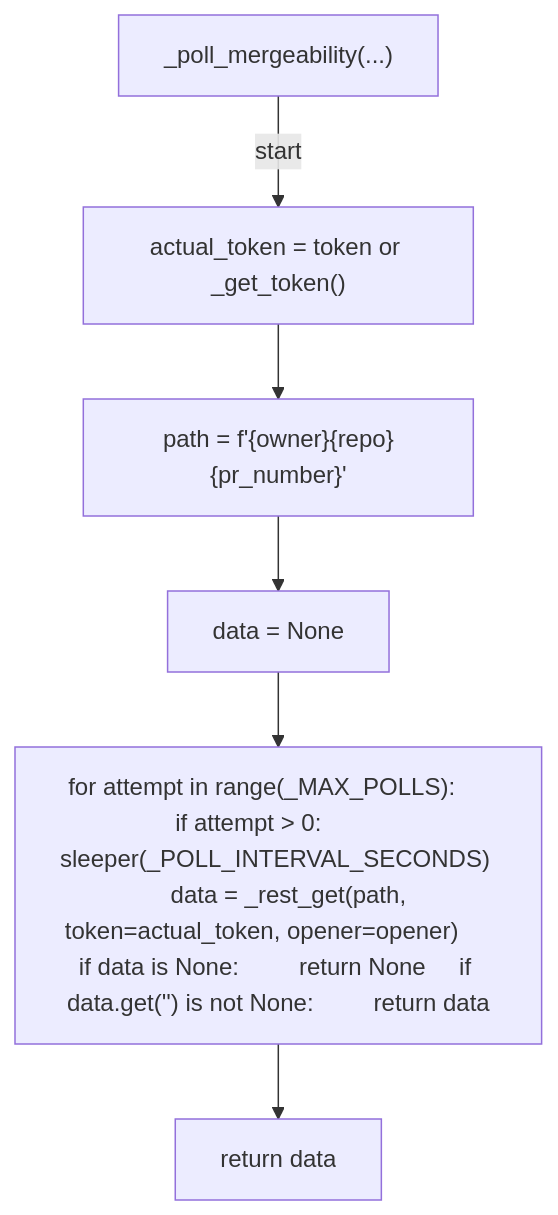
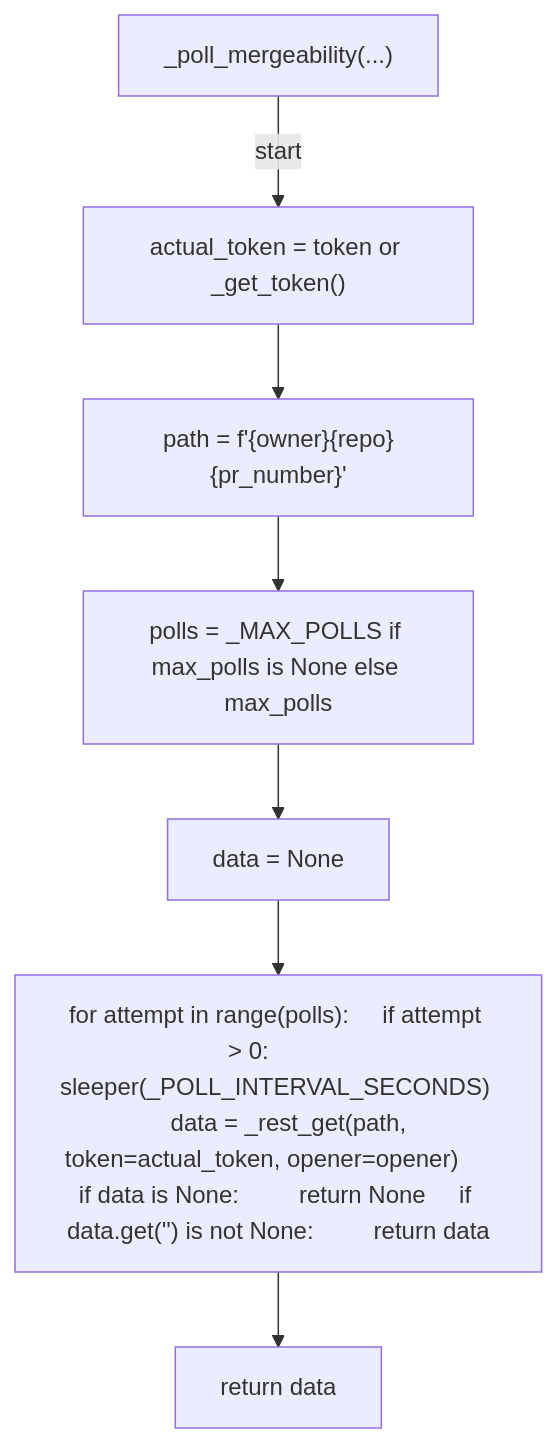
Before and after one commit to tvna/claude-md: the seventh of 14 diagrams in docs/generated/scripts/ast/check_pr_mergeability.md, drawn with Mermaid. The commit also changed other lines of this file and 1 other file, not shown here.

Commit message:
docs(generated): regenerate decision tree and workflow diagrams
Refs #960

````diff
--- a/docs/generated/scripts/ast/check_pr_mergeability.md
+++ b/docs/generated/scripts/ast/check_pr_mergeability.md
@@ -159,14 +159,16 @@
 ```mermaid
 flowchart TD
     N001["_poll_mergeability(...)"]
     N002["actual_token = token or _get_token()"]
     N003["path = f'<str>{owner}<str>{repo}<str>{pr_number}'"]
-    N004["data = None"]
-    N005["for attempt in range(_MAX_POLLS):     if attempt > 0:         sleeper(_POLL_INTERVAL_SECONDS)     data = _rest_get(path, token=actual_token, opener=opener)     if data is None:         return None     if data.get('<str>') is not None:         return data"]
-    N006["return data"]
+    N004["polls = _MAX_POLLS if max_polls is None else max_polls"]
+    N005["data = None"]
+    N006["for attempt in range(polls):     if attempt > 0:         sleeper(_POLL_INTERVAL_SECONDS)     data = _rest_get(path, token=actual_token, opener=opener)     if data is None:         return None     if data.get('<str>') is not None:         return data"]
+    N007["return data"]
     N001 -->|"start"| N002
     N002 --> N003
     N003 --> N004
     N004 --> N005
     N005 --> N006
+    N006 --> N007
 ```
````
